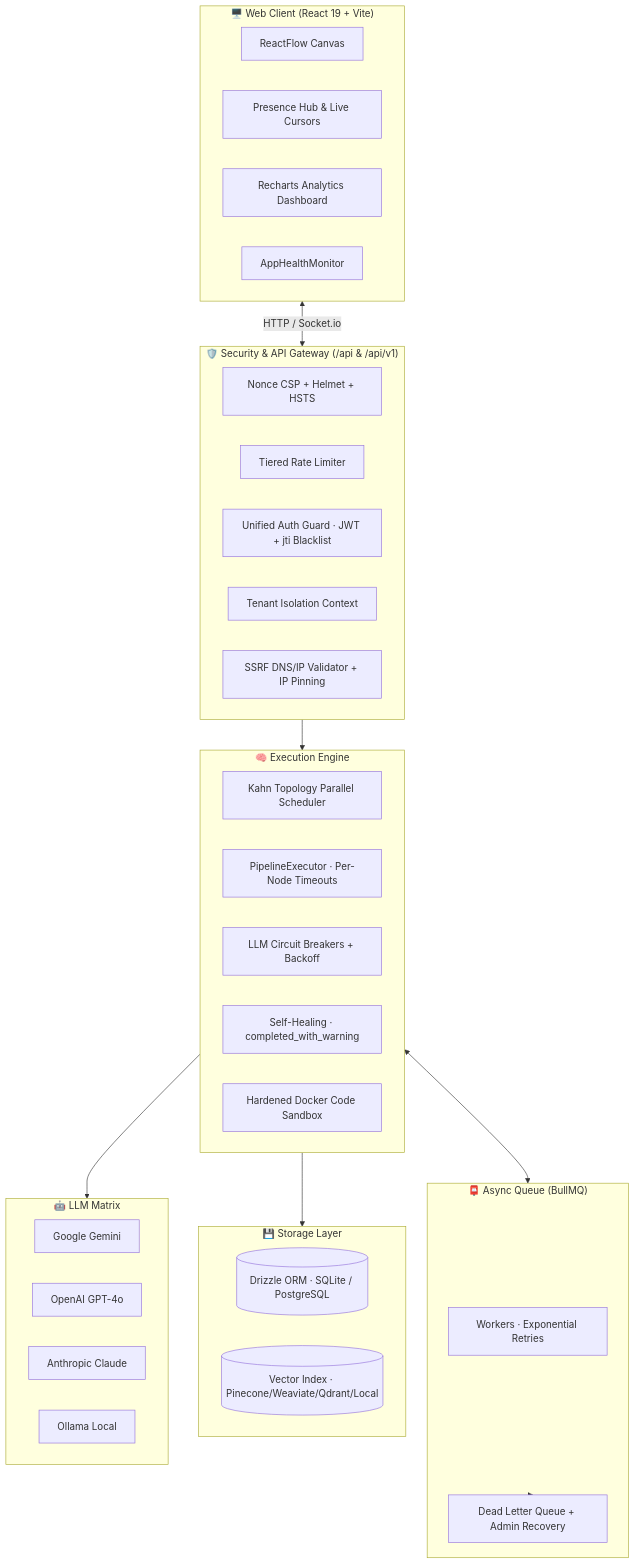
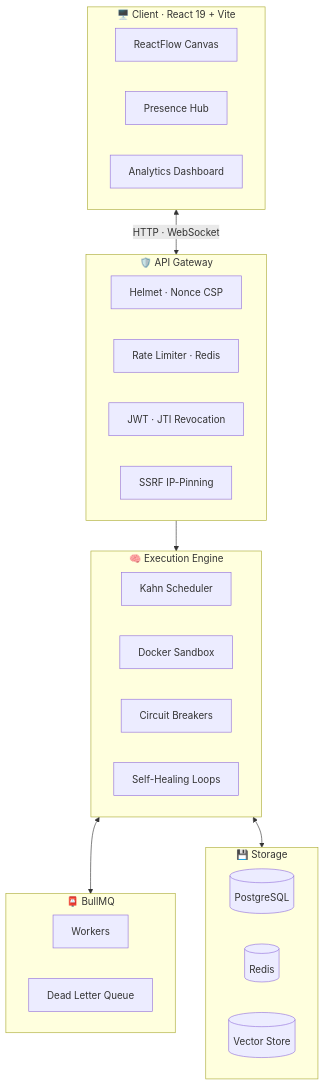
One commit to ppiiyo/AgentForge44 changed the second of 2 diagrams in README.md. Above: the diagram before and after it, drawn with Mermaid. The commit also changed other lines of this file and 1 other file, not shown here.

````diff
--- a/README.md
+++ b/README.md
@@ -42,49 +108,38 @@
 ```mermaid
 flowchart TD
-    subgraph Client["🖥️ Web Client (React 19 + Vite)"]
-        Canvas[ReactFlow Canvas]
-        Presence[Presence Hub & Live Cursors]
-        Obs[Recharts Analytics Dashboard]
-        Health[AppHealthMonitor]
+    subgraph Client["🖥️ Client · React 19 + Vite"]
+        C1[ReactFlow Canvas]
+        C2[Presence Hub]
+        C3[Analytics Dashboard]
     end
-
-    subgraph Gateway["🛡️ Security & API Gateway (/api & /api/v1)"]
-        CSP[Nonce CSP + Helmet + HSTS]
-        RL[Tiered Rate Limiter]
-        Guard[Unified Auth Guard · JWT + jti Blacklist]
-        Tenant[Tenant Isolation Context]
-        SSRF[SSRF DNS/IP Validator + IP Pinning]
+    
+    subgraph Gateway["🛡️ API Gateway"]
+        G1[Helmet · Nonce CSP]
+        G2[Rate Limiter · Redis]
+        G3[JWT · JTI Revocation]
+        G4[SSRF IP-Pinning]
     end
-
+    
     subgraph Engine["🧠 Execution Engine"]
-        Sched[Kahn Topology Parallel Scheduler]
-        Exec[PipelineExecutor · Per-Node Timeouts]
-        CB[LLM Circuit Breakers + Backoff]
-        Heal[Self-Healing · completed_with_warning]
-        SB[Hardened Docker Code Sandbox]
+        E1[Kahn Scheduler]
+        E2[Docker Sandbox]
+        E3[Circuit Breakers]
+        E4[Self-Healing Loops]
     end
-
-    subgraph Queue["📮 Async Queue (BullMQ)"]
-        W[Workers · Exponential Retries]
-        DLQ[Dead Letter Queue + Admin Recovery]
+    
+    subgraph Queue["📮 BullMQ"]
+        Q1[Workers]
+        Q2[Dead Letter Queue]
     end
-
-    subgraph Storage["💾 Storage Layer"]
-        DB[(Drizzle ORM · SQLite / PostgreSQL)]
-        Vector[(Vector Index · Pinecone/Weaviate/Qdrant/Local)]
+    
+    subgraph Storage["💾 Storage"]
+        S1[(PostgreSQL)]
+        S2[(Redis)]
+        S3[(Vector Store)]
     end
-
-    subgraph Providers["🤖 LLM Matrix"]
-        Gemini[Google Gemini]
-        OpenAI[OpenAI GPT-4o]
-        Claude[Anthropic Claude]
-        Ollama[Ollama Local]
-    end
-
-    Client <-->|HTTP / Socket.io| Gateway
+    
+    Client <-->|HTTP · WebSocket| Gateway
     Gateway --> Engine
     Engine <--> Queue
-    Queue --> DLQ
-    Engine --> Storage
-    Engine --> Providers
+    Engine <--> Storage
 ```
````
